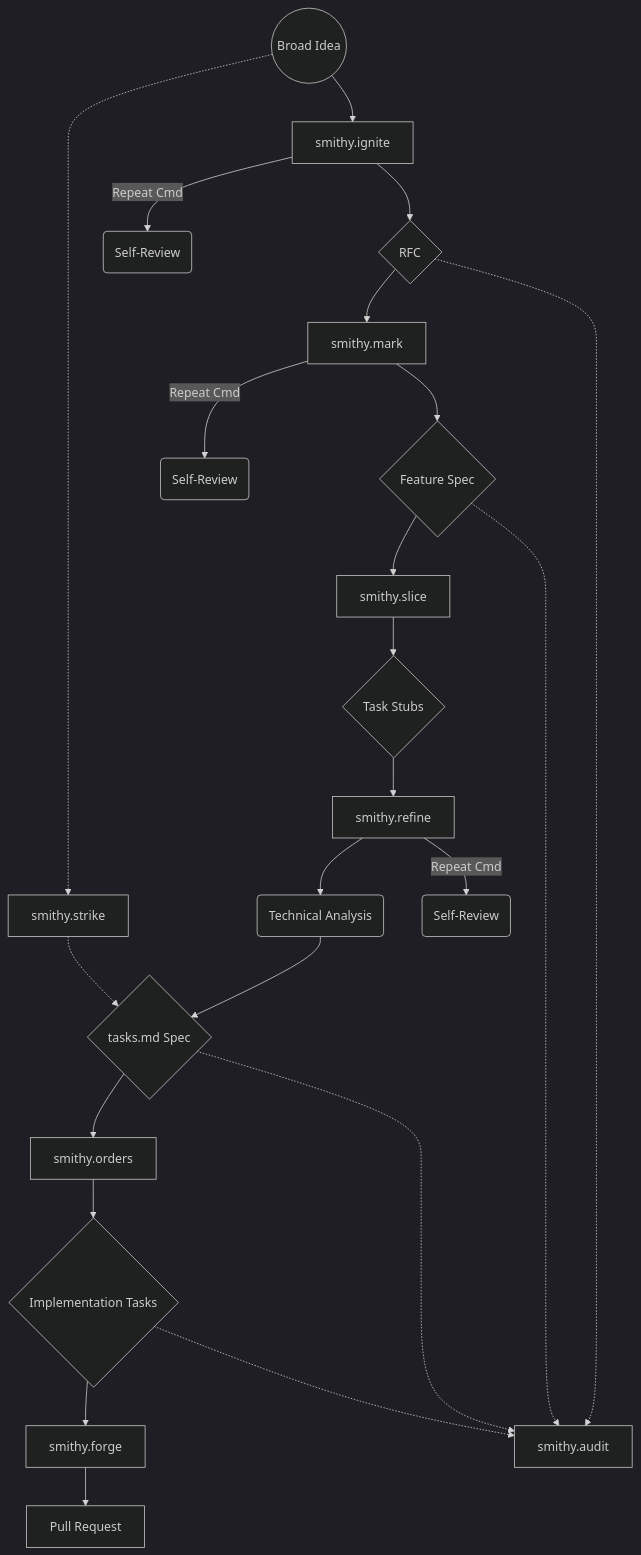
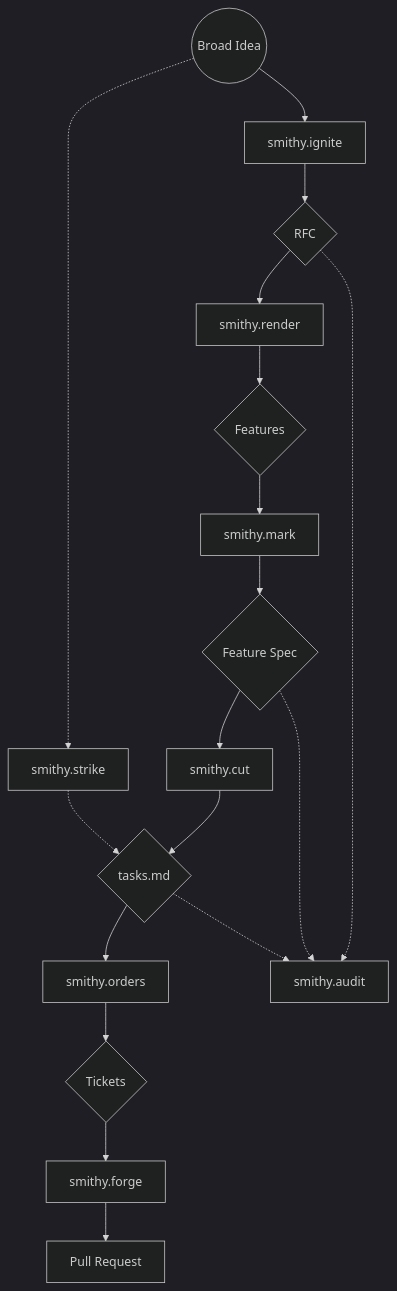
The diagram in README.md (Balexda/SmithyCLI), drawn with Mermaid (dark theme) before and after one commit. The commit also changed other lines of this file and 1 other file, not shown here.

Commit message:
Align README pipeline and diagram with redesign spec
Updates the pipeline table and mermaid diagram to reflect the completed
command redesign: adds smithy.render, replaces smithy.slice/smithy.refine
with smithy.cut, fixes the "Queue & Forge" comment to "Orders & Forge",
and removes self-review loops for deleted commands. Also removes the
stale codex-workflow.md reference from the tech debt issue template.

````diff
--- a/README.md
+++ b/README.md
@@ -46,40 +46,33 @@
 ```mermaid
 graph TD
     %% Ideation
     Idea((Broad Idea)) --> Ignite[smithy.ignite]
     Ignite --> RFC{RFC}
-    
+
+    %% Rendering
+    RFC --> Render[smithy.render]
+    Render --> Features{Features}
+
     %% Planning
-    RFC --> Mark[smithy.mark]
-    Mark --> Plan{Feature Spec}
-    
-    %% Breakdown
-    Plan --> Slice[smithy.slice]
-    Slice --> Stubs{Task Stubs}
+    Features --> Mark[smithy.mark]
+    Mark --> Spec{Feature Spec}
 
-    %% Technical Spec
-    Stubs --> Refine[smithy.refine]
-    Refine --> Analyze(Technical Analysis)
-    Analyze --> Spec{tasks.md Spec}
-    
-    %% Queue & Forge
-    Spec --> Orders[smithy.orders]
-    Orders --> Tasks{Implementation Tasks}
-    Tasks --> Forge[smithy.forge]
+    %% Cutting
+    Spec --> Cut[smithy.cut]
+    Cut --> Tasks{tasks.md}
+
+    %% Orders & Forge
+    Tasks --> Orders[smithy.orders]
+    Orders --> Tickets{Tickets}
+    Tickets --> Forge[smithy.forge]
     Forge --> PR[Pull Request]
-    
+
     %% Fast Track
     Idea -.-> Strike[smithy.strike]
-    Strike -.-> Spec
-    
-    %% Review Loops
-    Ignite -- "Repeat Cmd" --> IgniteReview(Self-Review)
-    Mark -- "Repeat Cmd" --> MarkReview(Self-Review)
-    Refine -- "Repeat Cmd" --> RefineReview(Self-Review)
-    
+    Strike -.-> Tasks
+
     %% Universal Auditor
     RFC -.-> Audit[smithy.audit]
-    Plan -.-> Audit
     Spec -.-> Audit
     Tasks -.-> Audit
 ```
````
